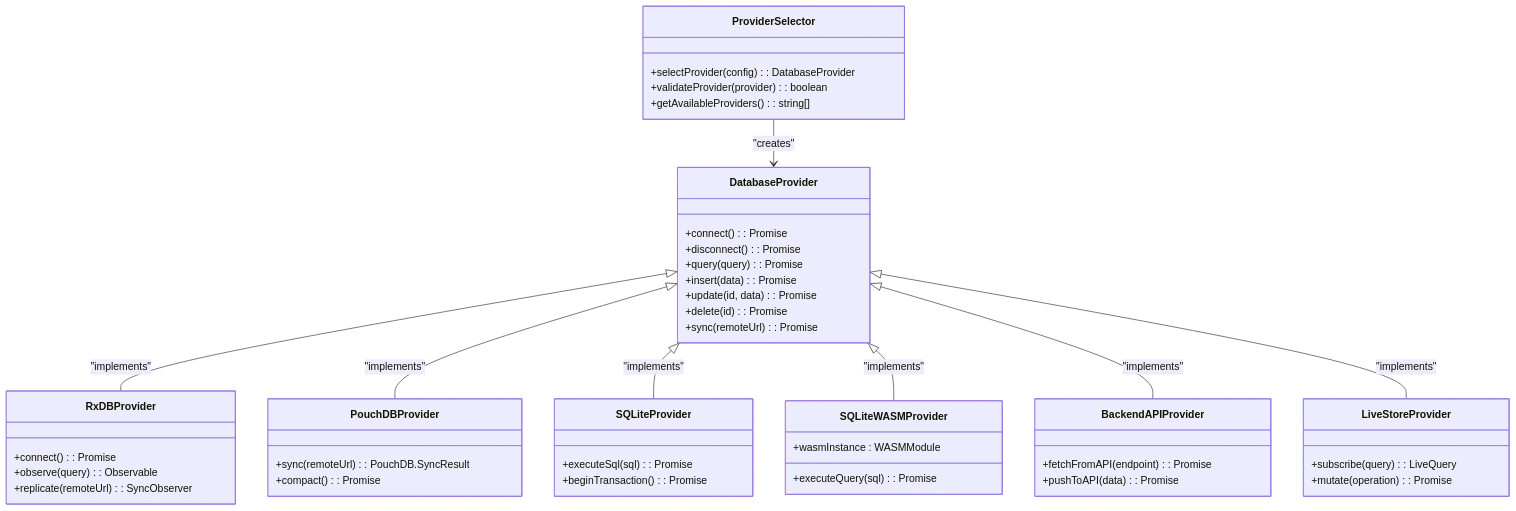
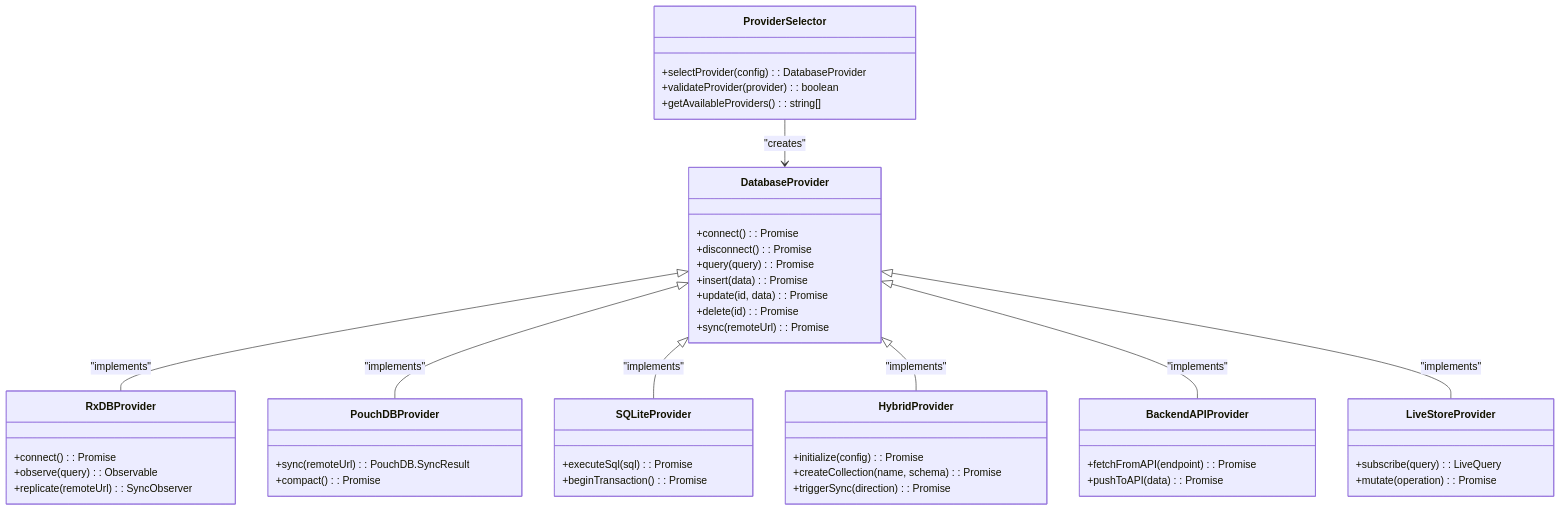
Before and after one commit to geniusdynamics/schoolpilot: the first of 16 diagrams in .qoder/repowiki/en/content/Architecture Overview/Data Management Architecture/Data Management Architecture.md, drawn with Mermaid. The commit also changed other lines of this file and 8 other files, not shown here.

````diff
--- a/.qoder/repowiki/en/content/Architecture Overview/Data Management Architecture/Data Management Architecture.md
+++ b/.qoder/repowiki/en/content/Architecture Overview/Data Management Architecture/Data Management Architecture.md
@@ -79,49 +89,50 @@
 ```mermaid
 classDiagram
 class ProviderSelector {
 +selectProvider(config) : DatabaseProvider
 +validateProvider(provider) : boolean
 +getAvailableProviders() : string[]
 }
 class DatabaseProvider {
 +connect() : Promise<boolean>
 +disconnect() : Promise<void>
 +query(query) : Promise<ResultSet>
 +insert(data) : Promise<string>
 +update(id, data) : Promise<boolean>
 +delete(id) : Promise<boolean>
 +sync(remoteUrl) : Promise<SyncResult>
 }
 class RxDBProvider {
 +connect() : Promise<boolean>
 +observe(query) : Observable<ResultSet>
 +replicate(remoteUrl) : SyncObserver
 }
 class PouchDBProvider {
 +sync(remoteUrl) : PouchDB.SyncResult
 +compact() : Promise<void>
 }
 class SQLiteProvider {
 +executeSql(sql) : Promise<ResultSet>
 +beginTransaction() : Promise<Transaction>
 }
-class SQLiteWASMProvider {
-+wasmInstance : WASMModule
-+executeQuery(sql) : Promise<ResultSet>
+class HybridProvider {
++initialize(config) : Promise<void>
++createCollection(name, schema) : Promise<ICollection>
++triggerSync(direction) : Promise<void>
 }
 class BackendAPIProvider {
 +fetchFromAPI(endpoint) : Promise<APIResponse>
 +pushToAPI(data) : Promise<boolean>
 }
 class LiveStoreProvider {
 +subscribe(query) : LiveQuery
 +mutate(operation) : Promise<MutationResult>
 }
 ProviderSelector --> DatabaseProvider : "creates"
 DatabaseProvider <|-- RxDBProvider : "implements"
 DatabaseProvider <|-- PouchDBProvider : "implements"
 DatabaseProvider <|-- SQLiteProvider : "implements"
-DatabaseProvider <|-- SQLiteWASMProvider : "implements"
+DatabaseProvider <|-- HybridProvider : "implements"
 DatabaseProvider <|-- BackendAPIProvider : "implements"
 DatabaseProvider <|-- LiveStoreProvider : "implements"
 ```
````
